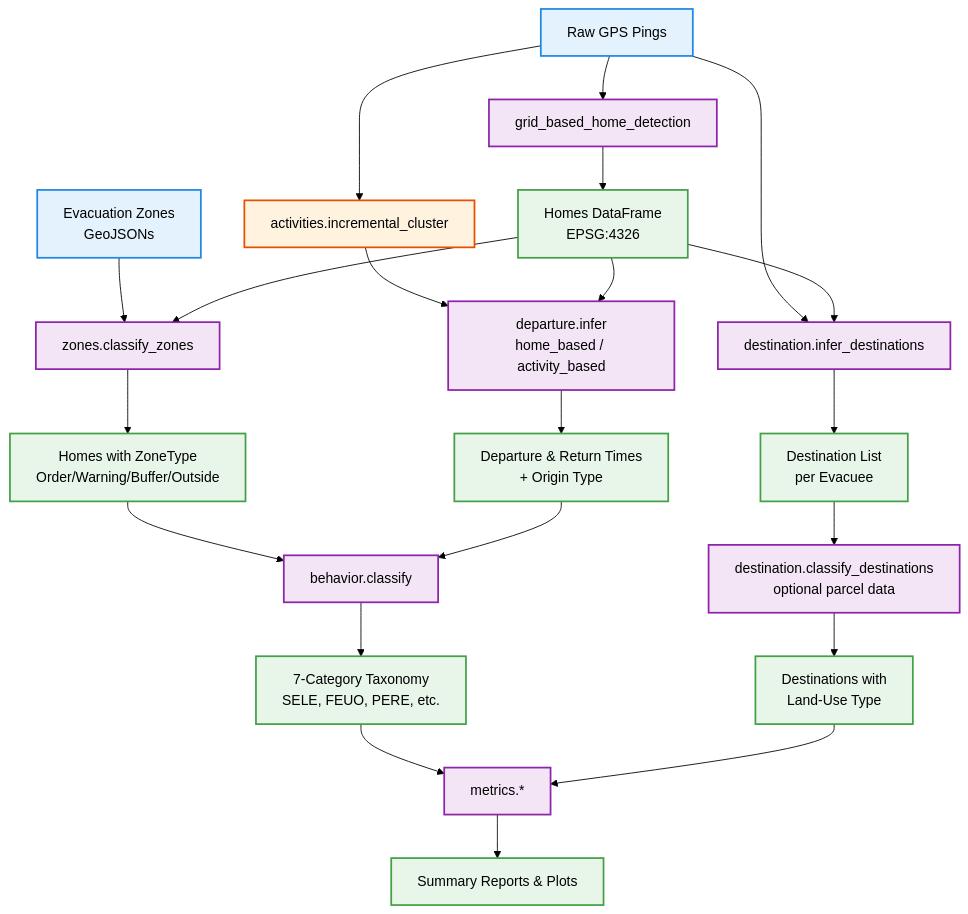
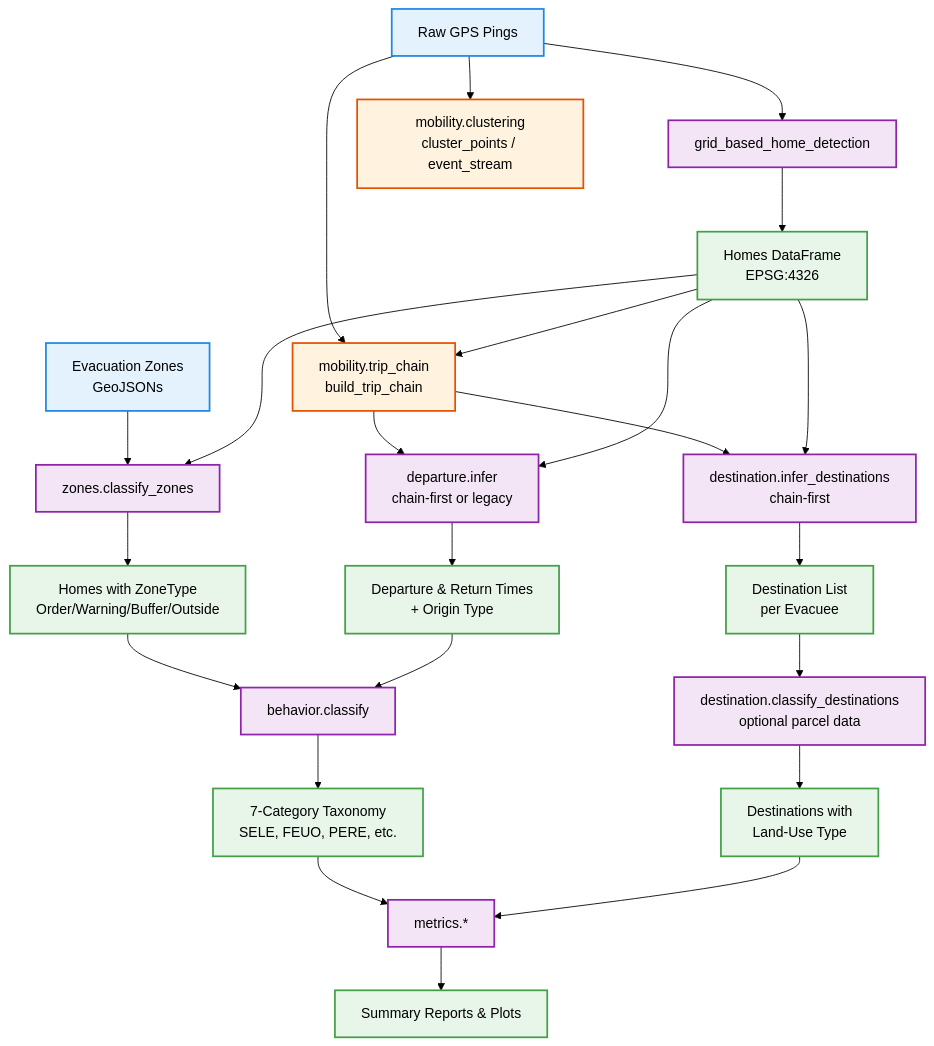
The first of 2 diagrams in ARCHITECTURE.md (SERMOS-LAB/ember), drawn with Mermaid (forest theme) before and after one commit. The commit also changed other lines of this file and 21 other files, not shown here.

Commit message:
added modular clustering algo + trip chain

````diff
--- a/ARCHITECTURE.md
+++ b/ARCHITECTURE.md
@@ -7,33 +7,35 @@
 ```mermaid
 graph TD
     classDef io fill:#e3f2fd,stroke:#1e88e5,stroke-width:2px,color:#000
     classDef compute fill:#f3e5f5,stroke:#8e24aa,stroke-width:2px,color:#000
     classDef output fill:#e8f5e9,stroke:#43a047,stroke-width:2px,color:#000
     classDef shared fill:#fff3e0,stroke:#e65100,stroke-width:2px,color:#000
     
     A[Raw GPS Pings]:::io --> B
     B[grid_based_home_detection]:::compute --> C[Homes DataFrame<br>EPSG:4326]:::output
     
     D[Evacuation Zones<br>GeoJSONs]:::io --> E
     C --> E[zones.classify_zones]:::compute
     E --> F[Homes with ZoneType<br>Order/Warning/Buffer/Outside]:::output
     
-    A --> ACT[activities.incremental_cluster]:::shared
-    ACT --> G[departure.infer<br>home_based / activity_based]:::compute
+    A --> CLU[mobility.clustering<br>cluster_points / event_stream]:::shared
+    A --> CHAIN[mobility.trip_chain<br>build_trip_chain]:::shared
+    C --> CHAIN
+    CHAIN --> G[departure.infer<br>chain-first or legacy]:::compute
     C --> G
     G --> H[Departure &amp; Return Times<br>+ Origin Type]:::output
     
     F --> I
     H --> I[behavior.classify]:::compute
     I --> J[7-Category Taxonomy<br>SELE, FEUO, PERE, etc.]:::output
     
-    A --> DES[destination.infer_destinations]:::compute
+    CHAIN --> DES[destination.infer_destinations<br>chain-first]:::compute
     C --> DES
     DES --> DLIST[Destination List<br>per Evacuee]:::output
     DLIST --> DCLS[destination.classify_destinations<br>optional parcel data]:::compute
     DCLS --> DTYPE[Destinations with<br>Land-Use Type]:::output
     
     J --> K[metrics.*]:::compute
     DTYPE --> K
     K --> L[Summary Reports &amp; Plots]:::output
 ```
````
